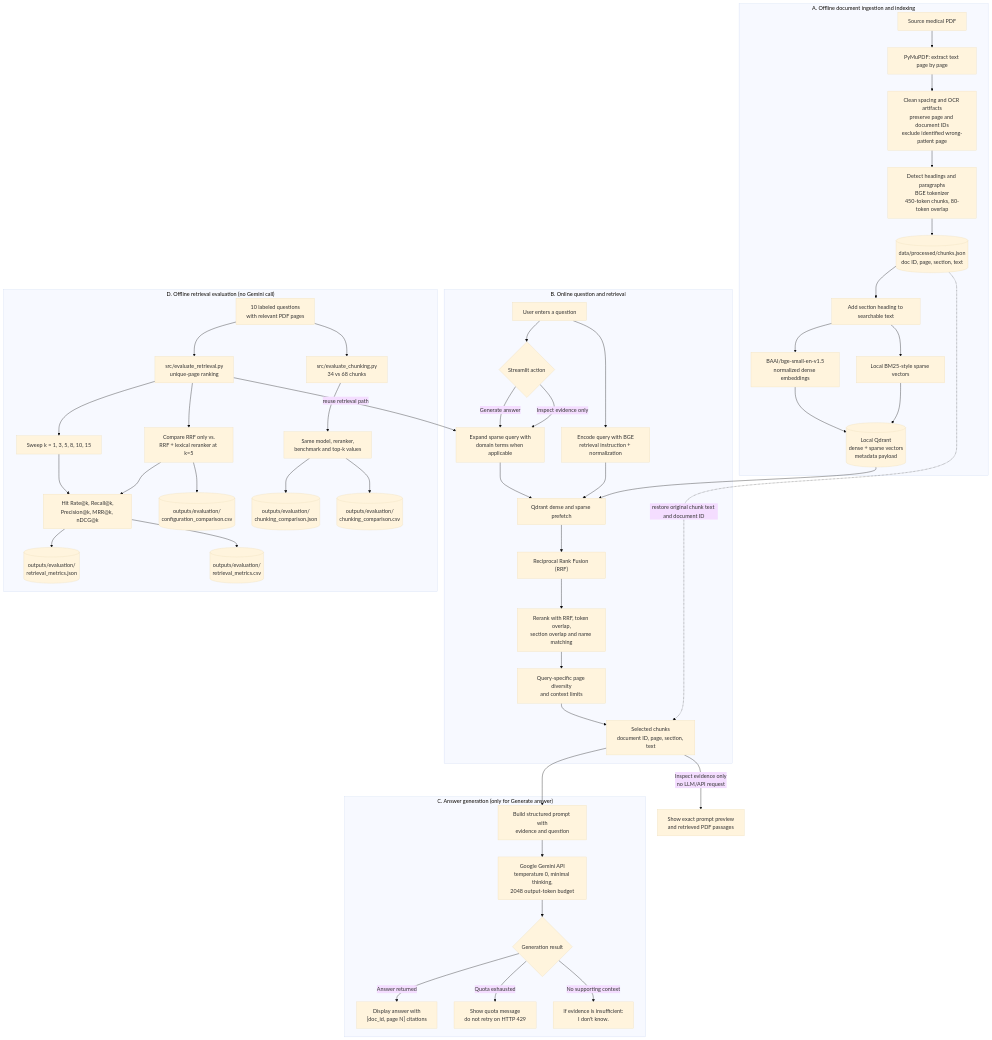
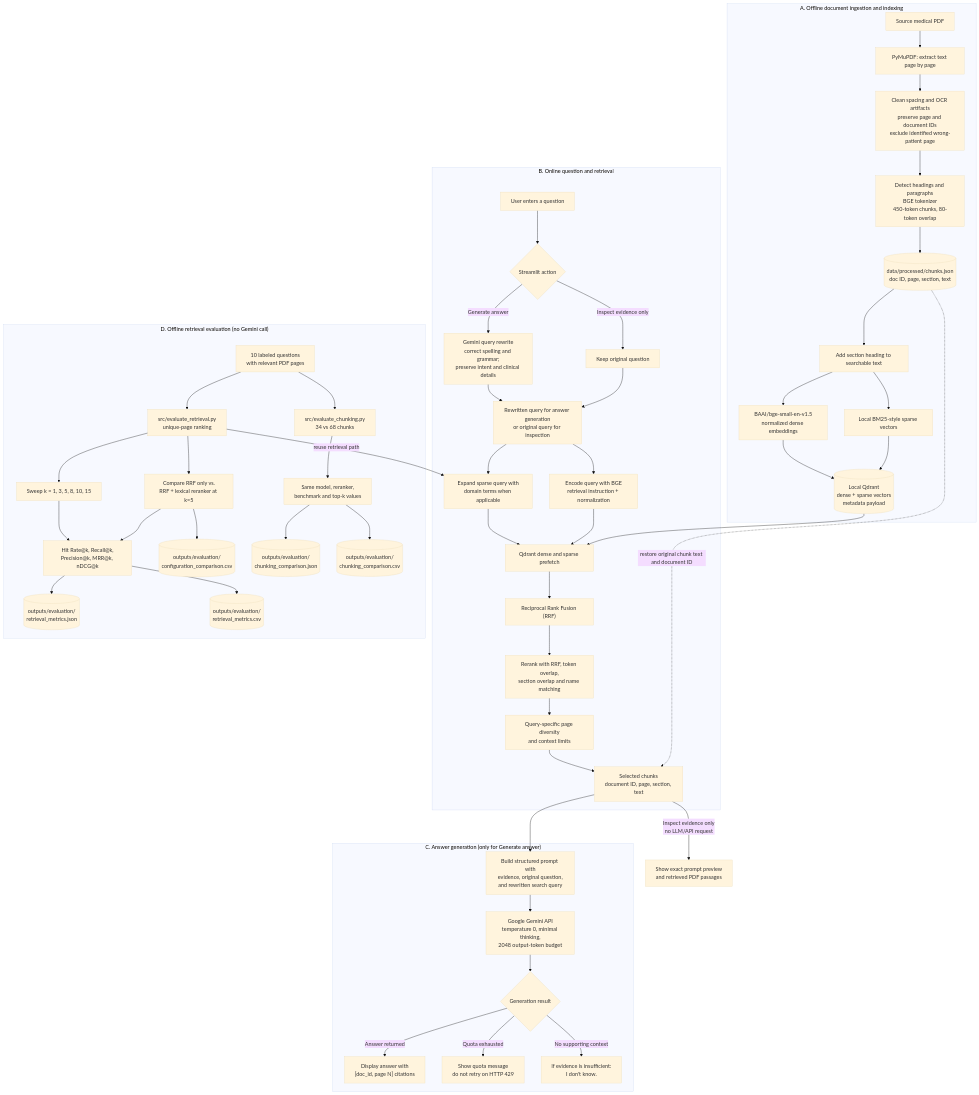
The diagram in RAG_PIPELINE_FLOW.md (nandhini01902/RAG-Pipeline), drawn with Mermaid (base theme) before and after one commit. The commit also changed other lines of this file and 7 other files, not shown here.

```diff
--- a/RAG_PIPELINE_FLOW.md
+++ b/RAG_PIPELINE_FLOW.md
@@ -28,6 +28,9 @@
     subgraph QUERY["B. Online question and retrieval"]
         USER["User enters a question"]
         UI{"Streamlit action"}
+        REWRITE["Gemini query rewrite<br/>correct spelling and grammar;<br/>preserve intent and clinical details"]
+        RAW["Keep original question"]
+        SEARCH_QUERY["Rewritten query for answer generation<br/>or original query for inspection"]
         QEXP["Expand sparse query with<br/>domain terms when applicable"]
         QDENSE["Encode query with BGE<br/>retrieval instruction + normalization"]
         SEARCH["Qdrant dense and sparse prefetch"]
@@ -37,18 +40,21 @@
         EVIDENCE["Selected chunks<br/>document ID, page, section, text"]
 
         USER --> UI
-        UI -->|"Generate answer"| QEXP
-        UI -->|"Inspect evidence only"| QEXP
+        UI -->|"Generate answer"| REWRITE
+        UI -->|"Inspect evidence only"| RAW
+        REWRITE --> SEARCH_QUERY
+        RAW --> SEARCH_QUERY
+        SEARCH_QUERY --> QEXP
         QEXP --> SEARCH
         QDENSE --> SEARCH
-        USER --> QDENSE
+        SEARCH_QUERY --> QDENSE
         QDRANT --> SEARCH
         SEARCH --> FUSION --> RERANK --> FILTER --> EVIDENCE
         CHUNKS -. "restore original chunk text and document ID" .-> EVIDENCE
     end
 
     subgraph GENERATION["C. Answer generation (only for Generate answer)"]
-        PROMPT["Build structured prompt with<br/>evidence and question"]
+        PROMPT["Build structured prompt with<br/>evidence, original question,<br/>and rewritten search query"]
         GEMINI["Google Gemini API<br/>temperature 0, minimal thinking,<br/>2048 output-token budget"]
         CHECK{"Generation result"}
         ANSWER["Display answer with<br/>[doc_id, page N] citations"]
```
